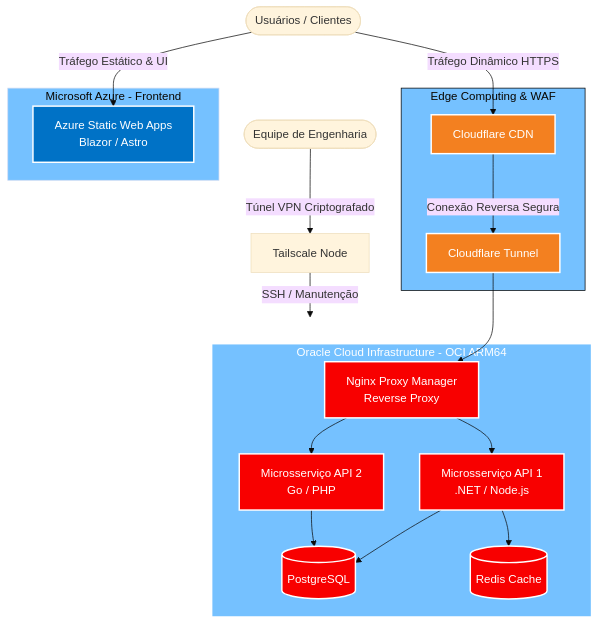
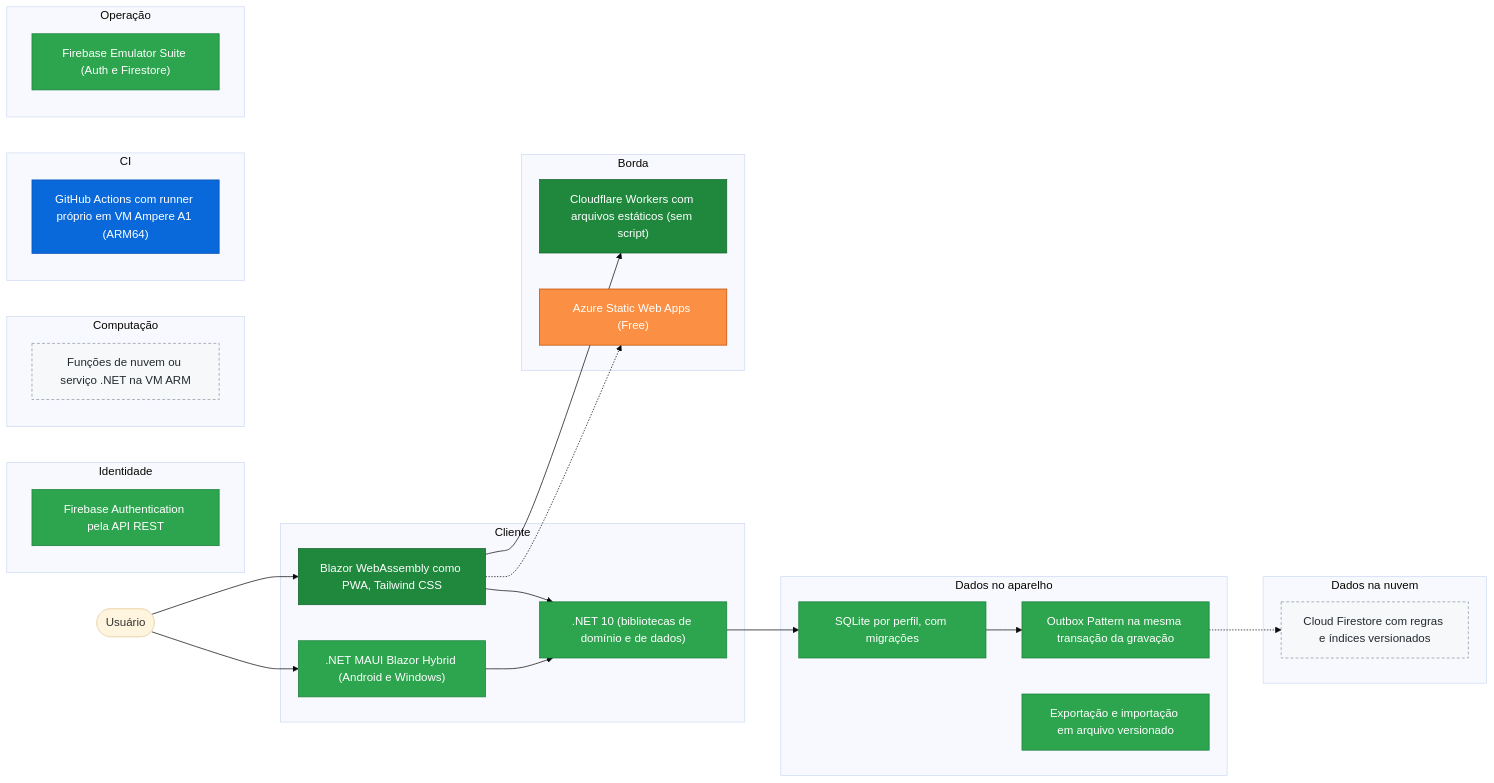
Before and after one commit to Marckxp/Multi-Cloud-SaaS-Architecture-High-Availability-FinOps: the diagram in README.md, drawn with Mermaid (base theme). The commit also changed other lines of this file and 30 other files, not shown here.

First line of the commit message:
feat: vitrine com a arquitetura real e atualização por fatos saneados

````diff
--- a/README.md
+++ b/README.md
@@ -20,42 +29,48 @@
 ```mermaid
-flowchart TB
- subgraph Edge["Edge Computing & WAF"]
-        CF["Cloudflare CDN"]
-        CFTunnel["Cloudflare Tunnel"]
+flowchart LR
+  usuario(["Usuário"])
+  subgraph c_cliente["Cliente"]
+    nucleo[".NET 10 (bibliotecas de domínio e de dados)"]:::implementado
+    app_nativo[".NET MAUI Blazor Hybrid (Android e Windows)"]:::implementado
+    app_web["Blazor WebAssembly como PWA, Tailwind CSS"]:::publicado
   end
- subgraph Azure["Microsoft Azure - Frontend"]
-        SWA["Azure Static Web Apps\nBlazor / Astro"]
+  subgraph c_dados_locais["Dados no aparelho"]
+    banco_local["SQLite por perfil, com migrações"]:::implementado
+    outbox["Outbox Pattern na mesma transação da gravação"]:::implementado
+    backup_arquivo["Exportação e importação em arquivo versionado"]:::implementado
   end
- subgraph OCI["Oracle Cloud Infrastructure - OCI ARM64"]
-        NPM["Nginx Proxy Manager\nReverse Proxy"]
-        API1["Microsserviço API 1\n.NET / Node.js"]
-        API2["Microsserviço API 2\nGo / PHP"]
-        DB[("PostgreSQL")]
-        Cache[("Redis Cache")]
+  subgraph c_borda["Borda"]
+    borda_cloudflare["Cloudflare Workers com arquivos estáticos (sem script)"]:::publicado
+    borda_azure["Azure Static Web Apps (Free)"]:::reserva
   end
-    Client(["Usuários / Clientes"]) -- Tráfego Estático & UI --> SWA
-    Client -- Tráfego Dinâmico HTTPS --> CF
-    CF -- Conexão Reversa Segura --> CFTunnel
-    CFTunnel --> NPM
-    NPM --> API1 & API2
-    API1 --> DB & Cache
-    API2 --> DB
-    Admin(["Equipe de Engenharia"]) -- Túnel VPN Criptografado --> Tailscale["Tailscale Node"]
-    Tailscale -- SSH / Manutenção --> OCI
-
-     CF:::cloudflare
-     CFTunnel:::cloudflare
-     SWA:::azure
-     NPM:::oracle
-     API1:::oracle
-     API2:::oracle
-     DB:::oracle
-     Cache:::oracle
-     OCI:::oracle
-    classDef azure fill:#0072C6,stroke:#fff,stroke-width:2px,color:#fff
-    classDef oracle fill:#F80000,stroke:#fff,stroke-width:2px,color:#fff
-    classDef cloudflare fill:#F38020,stroke:#fff,stroke-width:2px,color:#fff
-    style OCI fill:#75c1ff
-    style Azure fill:#75c1ff
-    style Edge stroke:#000000,fill:#75c1ff
+  subgraph c_identidade["Identidade"]
+    identidade["Firebase Authentication pela API REST"]:::implementado
+  end
+  subgraph c_dados_nuvem["Dados na nuvem"]
+    firestore["Cloud Firestore com regras e índices versionados"]:::planejado
+  end
+  subgraph c_computacao["Computação"]
+    servidor_minimo["Funções de nuvem ou serviço .NET na VM ARM"]:::planejado
+  end
+  subgraph c_ci["CI"]
+    runner_arm["GitHub Actions com runner próprio em VM Ampere A1 (ARM64)"]:::avaliado
+  end
+  subgraph c_operacao["Operação"]
+    emuladores["Firebase Emulator Suite (Auth e Firestore)"]:::implementado
+  end
+  usuario --> app_nativo & app_web
+  nucleo --> banco_local
+  app_nativo --> nucleo
+  app_web --> nucleo
+  app_web --> borda_cloudflare
+  app_web -.-> borda_azure
+  banco_local --> outbox
+  outbox -.-> firestore
+  classDef publicado fill:#1f883d,color:#fff,stroke:#116329
+  classDef implementado fill:#2da44e,color:#fff,stroke:#1a7f37
+  classDef em_teste fill:#bf8700,color:#fff,stroke:#9a6700
+  classDef avaliado fill:#0969da,color:#fff,stroke:#0550ae
+  classDef planejado fill:#f6f8fa,color:#24292f,stroke:#8c959f,stroke-dasharray:4 3
+  classDef reserva fill:#fb8f44,color:#fff,stroke:#bc4c00
+  classDef legado fill:#6e7781,color:#fff,stroke:#57606a
 ```
````
